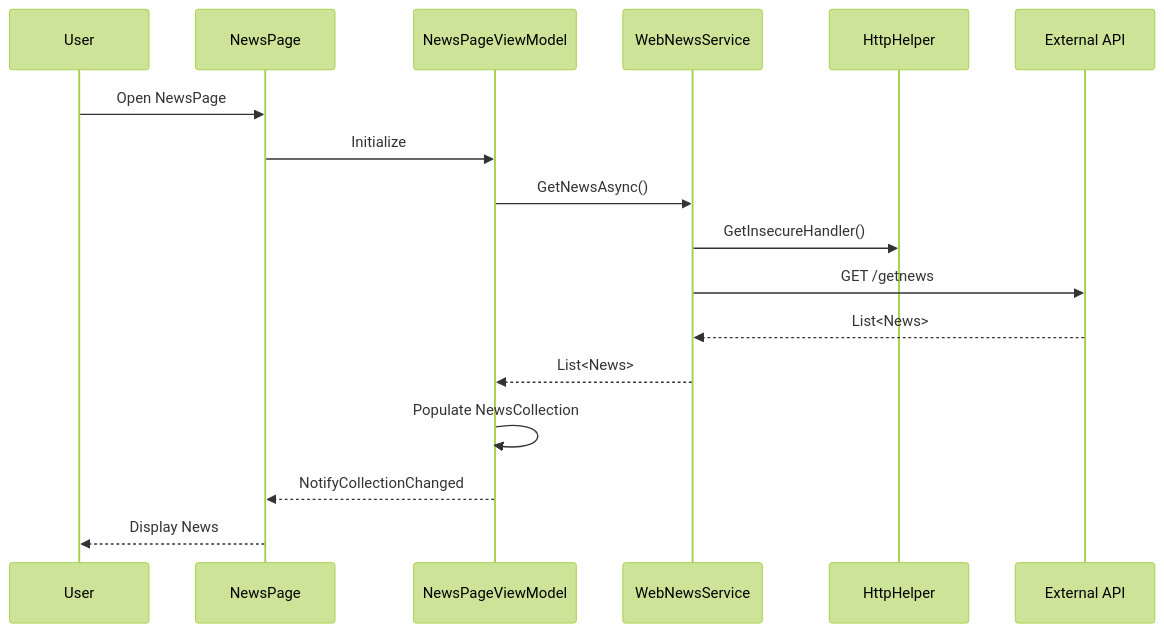
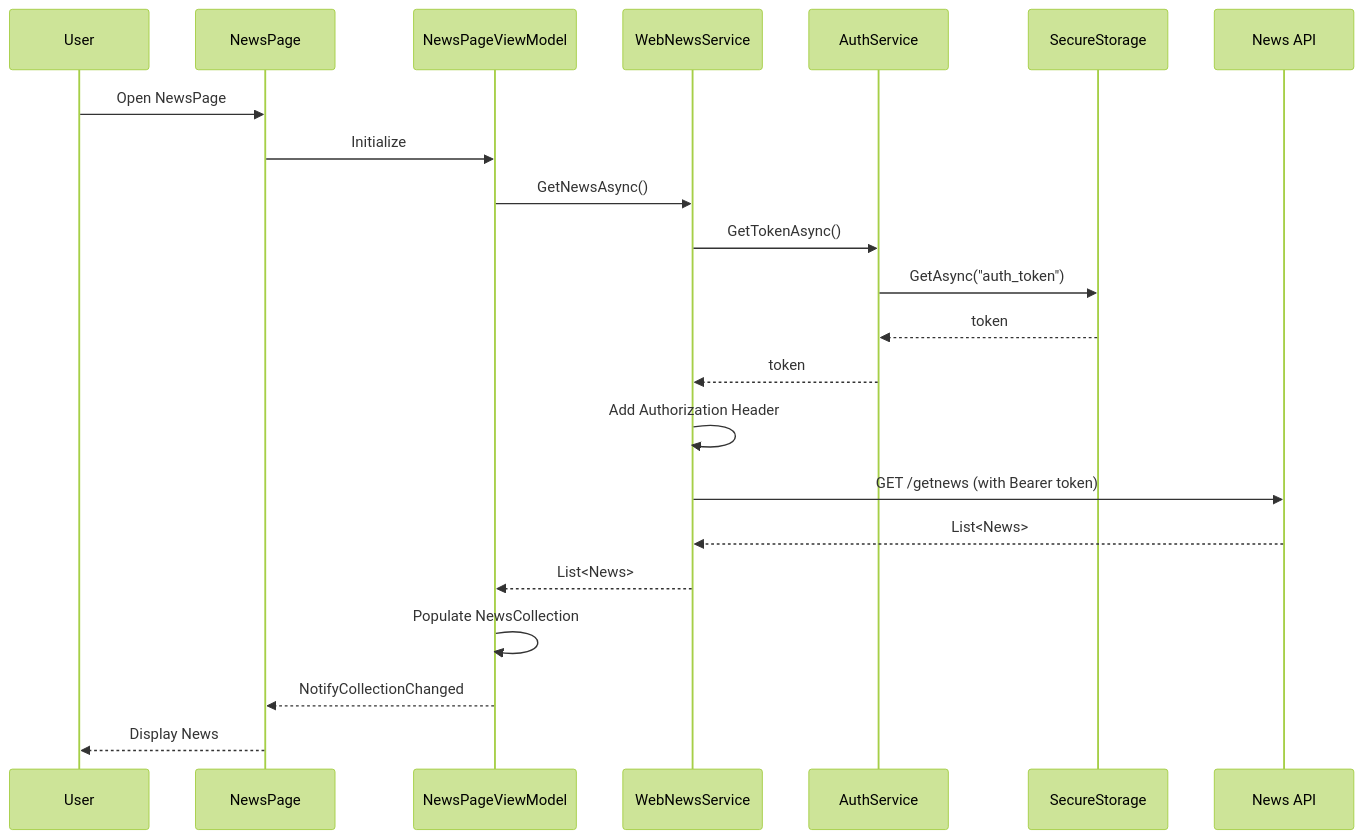
The fifth of 5 diagrams in Docs/project.md (KLNHOMEALONE/Innowise.Music), drawn with Mermaid (forest theme) before and after one commit. The commit also changed other lines of this file and 16 other files, not shown here.

````diff
--- a/Docs/project.md
+++ b/Docs/project.md
@@ -147,20 +180,25 @@
 ```mermaid
 sequenceDiagram
     participant U as User
     participant NP as NewsPage
     participant NVM as NewsPageViewModel
     participant WNS as WebNewsService
-    participant HH as HttpHelper
-    participant API as External API
+    participant AS as AuthService
+    participant SS as SecureStorage
+    participant API as News API
     
     U->>NP: Open NewsPage
     NP->>NVM: Initialize
     NVM->>WNS: GetNewsAsync()
-    WNS->>HH: GetInsecureHandler()
-    WNS->>API: GET /getnews
+    WNS->>AS: GetTokenAsync()
+    AS->>SS: GetAsync("auth_token")
+    SS-->>AS: token
+    AS-->>WNS: token
+    WNS->>WNS: Add Authorization Header
+    WNS->>API: GET /getnews (with Bearer token)
     API-->>WNS: List<News>
     WNS-->>NVM: List<News>
     NVM->>NVM: Populate NewsCollection
     NVM-->>NP: NotifyCollectionChanged
     NP-->>U: Display News
 ```
````
